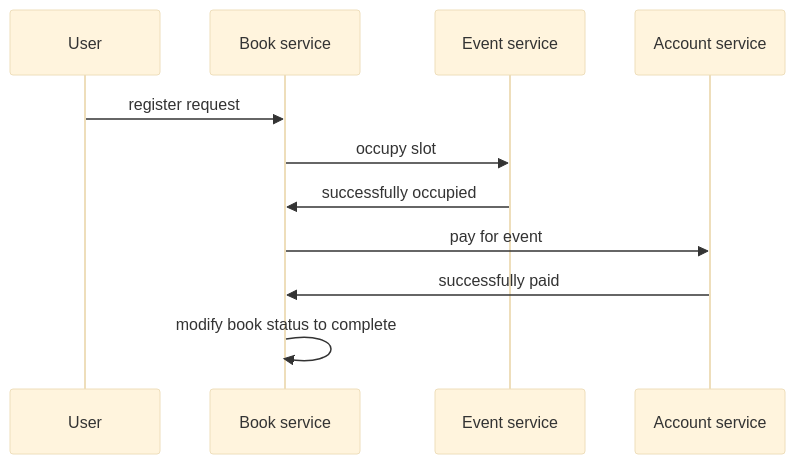
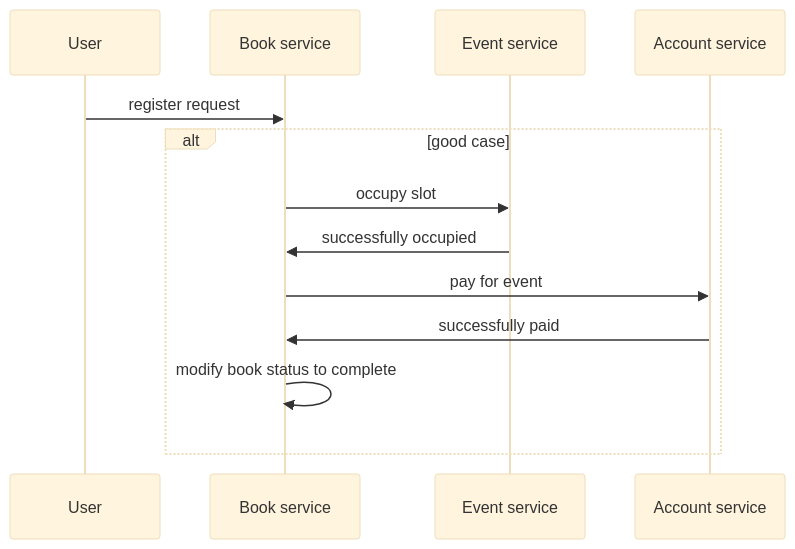
Before and after one commit to xost/otus-task-8: the diagram in README.md, drawn with Mermaid (base theme). The commit also changed other lines of this file, not shown here.

Commit message:
good case sequence diagram

````diff
--- a/README.md
+++ b/README.md
@@ -24,10 +24,12 @@
 ```mermaid
 %% успешная регистрация на мероприятие
     sequenceDiagram
         User ->> Book service: register request
+        alt good case
         Book service ->> Event service: occupy slot
         Event service ->> Book service: successfully occupied
         Book service ->> Account service: pay for event
         Account service ->> Book service: successfully paid
         Book service ->> Book service: modify book status to complete
+        end
 ```
````
